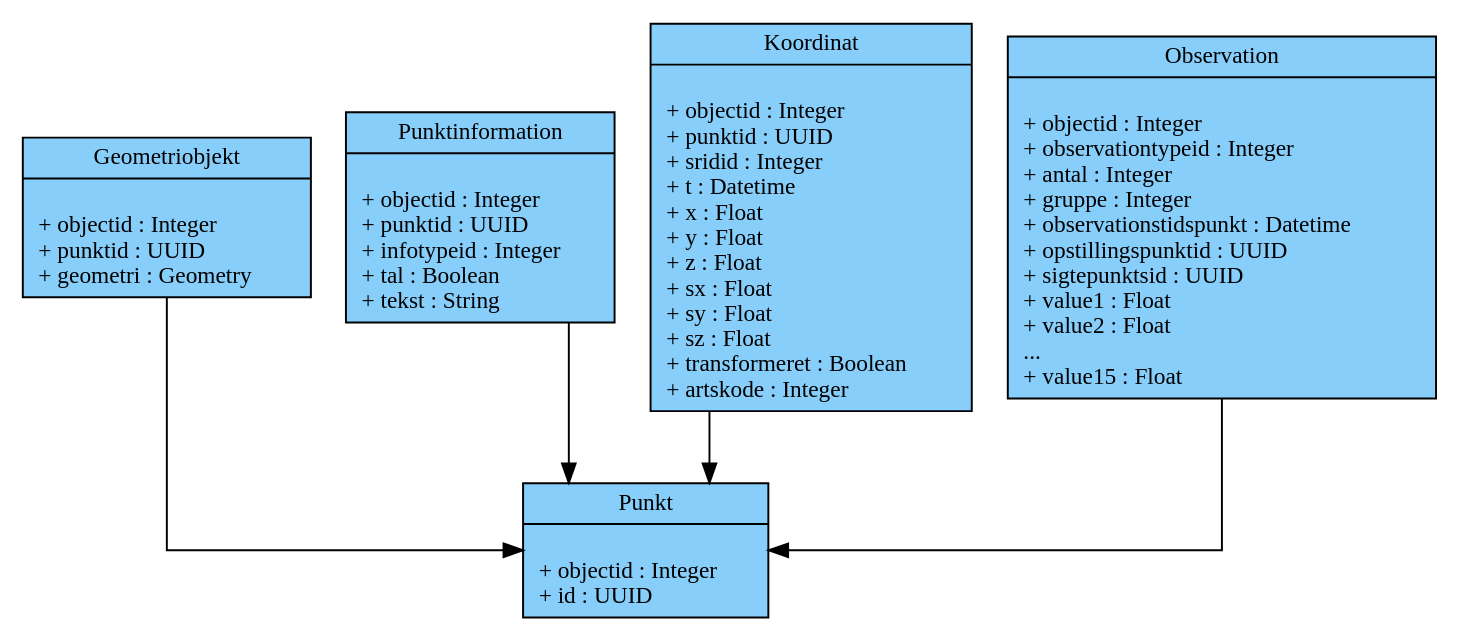
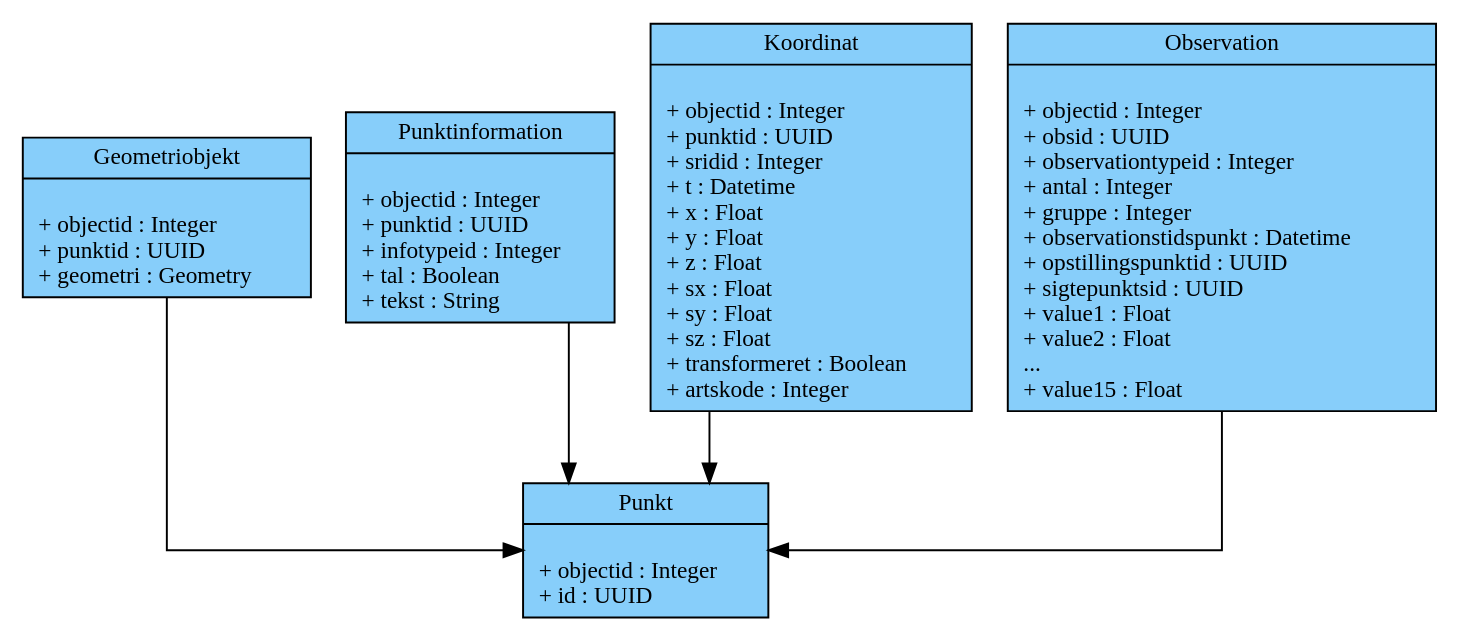
Before and after one commit to SDFIdk/FIRE: the second of 5 diagrams in docs/datamodel.rst, drawn with Graphviz. The commit also changed 13 other files, not shown here.

First line of the commit message:
Indfør observations UUID'er

```diff
--- a/docs/datamodel.rst
+++ b/docs/datamodel.rst
@@ -139,6 +139,7 @@
         Observation [
             label = "{Observation|\l
                     + objectid : Integer\l
+                    + obsid : UUID\l
                     + observationtypeid : Integer\l
                     + antal : Integer\l
                     + gruppe : Integer\l
```
